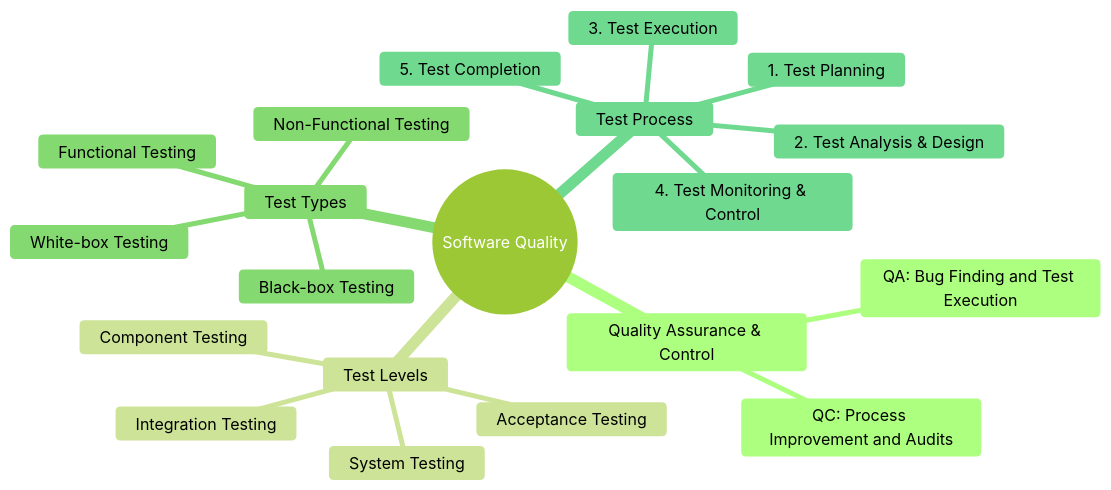
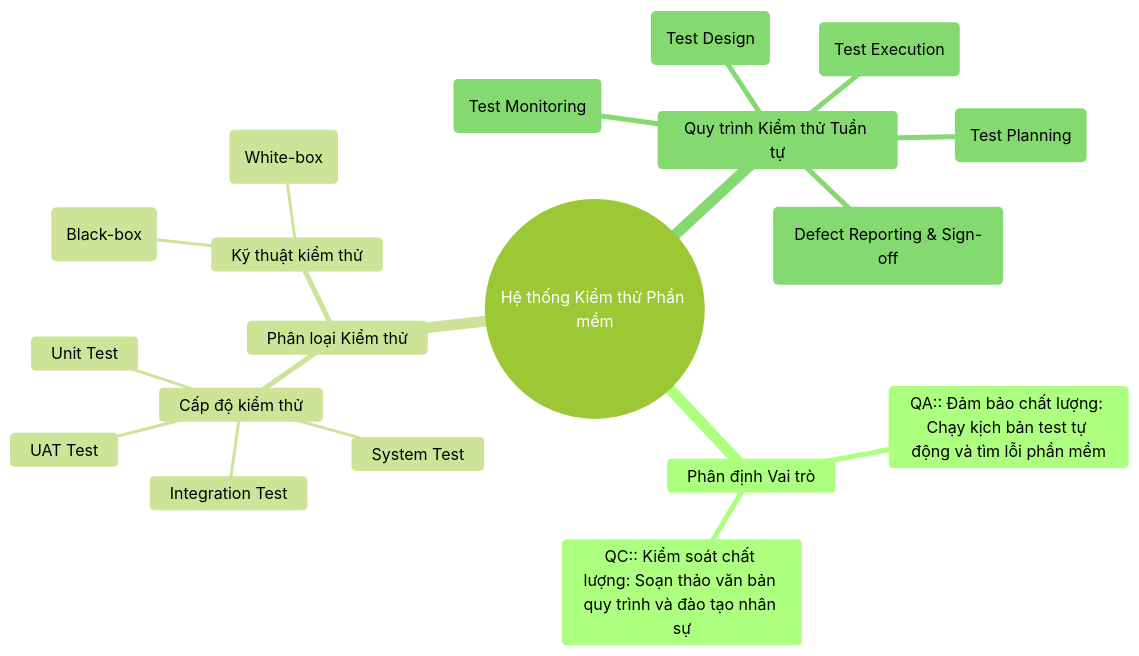
The first of 2 diagrams in 01-job-market/job_market_report.md (tvquang0511/HW01-QA-QC), drawn with Mermaid (forest theme) before and after one commit. The commit also changed other lines of this file and 2 other files, not shown here.

Commit message:
feat: complete Requirement 2 - 20 Software Defects (2022-2026)

````diff
--- a/01-job-market/job_market_report.md
+++ b/01-job-market/job_market_report.md
@@ -182,23 +188,22 @@
 ```mermaid
 mindmap
-  root((Software Quality))
-    Quality Assurance & Control
-      QA: Bug Finding and Test Execution
-      QC: Process Improvement and Audits
-    Test Levels
-      Component Testing
-      Integration Testing
-      System Testing
-      Acceptance Testing
-    Test Types
-      Functional Testing
-      Non-Functional Testing
-      Black-box Testing
-      White-box Testing
-    Test Process
-      1. Test Planning
-      2. Test Analysis & Design
-      3. Test Execution
-      4. Test Monitoring & Control
-      5. Test Completion
+  root((Hệ thống Kiểm thử Phần mềm))
+    Phân định Vai trò
+      QA:: Đảm bảo chất lượng: Chạy kịch bản test tự động và tìm lỗi phần mềm
+      QC:: Kiểm soát chất lượng: Soạn thảo văn bản quy trình và đào tạo nhân sự
+    Phân loại Kiểm thử
+      Kỹ thuật kiểm thử
+        Kiểm thử hộp đen (Black-box)
+        Kiểm thử hộp trắng (White-box)
+      Cấp độ kiểm thử
+        Unit Test
+        Integration Test
+        System Test
+        UAT Test
+    Quy trình Kiểm thử Tuần tự
+      Bước 1: Lập kế hoạch kiểm thử (Test Planning)
+      Bước 2: Thiết kế kịch bản kiểm thử (Test Design)
+      Bước 3: Thực thi kiểm thử (Test Execution)
+      Bước 4: Báo cáo lỗi & Đóng dự án (Defect Reporting & Sign-off)
+      Bước 5: Giám sát kiểm thử (Test Monitoring)
 ```
````
